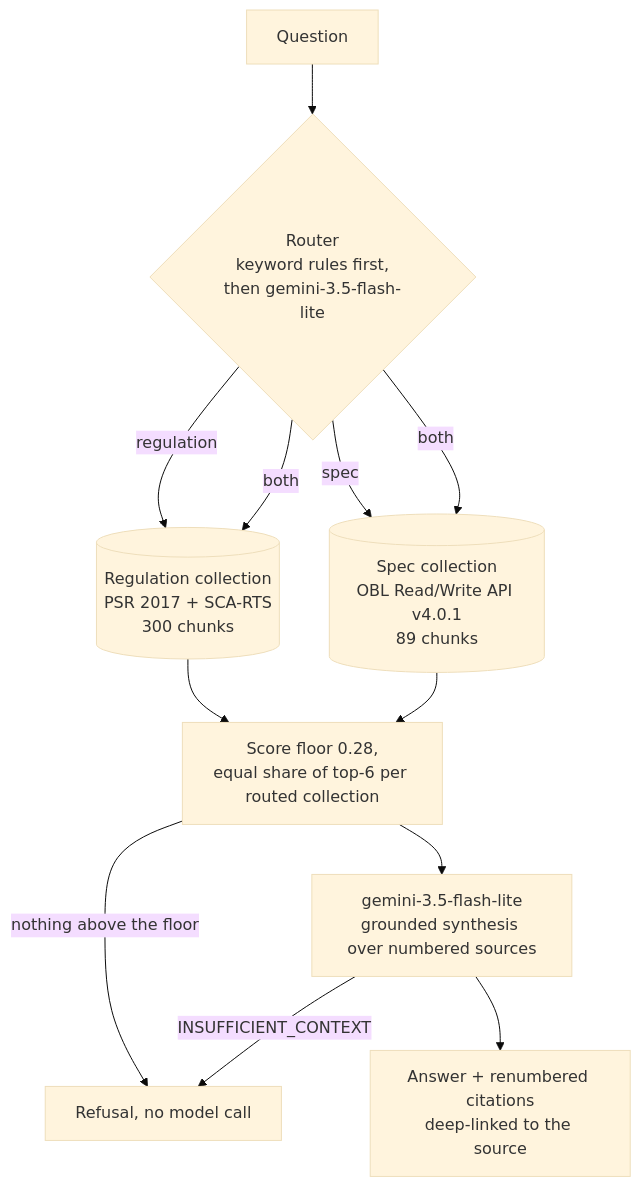
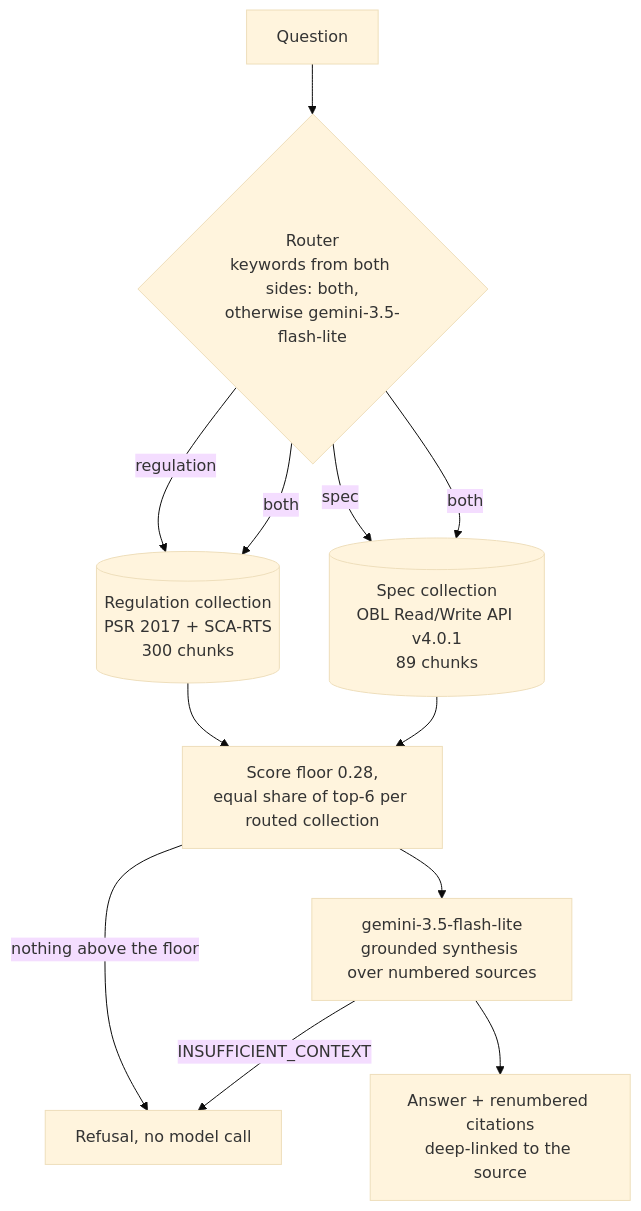
One commit to rochak779/open-banking-rag changed the diagram in docs/architecture.md. Above: the diagram before and after it, drawn with Mermaid (base theme). The commit also changed other lines of this file and 1 other file, not shown here.

Commit message:
docs: describe the widen-only keyword routing

````diff
--- a/docs/architecture.md
+++ b/docs/architecture.md
@@ -3,14 +3,14 @@
 ```mermaid
 flowchart TD
-    Q[Question] --> R{Router<br/>keyword rules first,<br/>then gemini-3.5-flash-lite}
+    Q[Question] --> R{Router<br/>keywords from both sides: both,<br/>otherwise gemini-3.5-flash-lite}
     R -->|regulation| RC[(Regulation collection<br/>PSR 2017 + SCA-RTS<br/>300 chunks)]
     R -->|spec| SC[(Spec collection<br/>OBL Read/Write API v4.0.1<br/>89 chunks)]
     R -->|both| RC
     R -->|both| SC
     RC --> M[Score floor 0.28,<br/>equal share of top-6 per routed collection]
     SC --> M
     M -->|nothing above the floor| X[Refusal, no model call]
     M --> G[gemini-3.5-flash-lite<br/>grounded synthesis over numbered sources]
     G --> A[Answer + renumbered citations<br/>deep-linked to the source]
     G -->|INSUFFICIENT_CONTEXT| X
 ```
````
